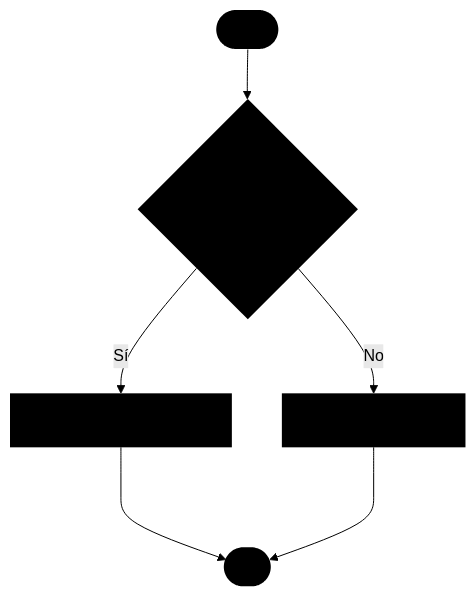
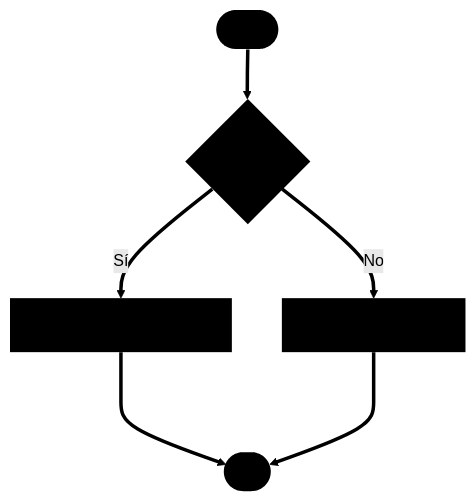
The first of 4 diagrams in docs/flow-chart/statement.md (IPIDBOSCO/programming-guide), drawn with Mermaid (forest theme) before and after one commit. The commit also changed other lines of this file and 4 other files, not shown here.

Commit message:
add flowcharts examples

````diff
--- a/docs/flow-chart/statement.md
+++ b/docs/flow-chart/statement.md
@@ -9,22 +11,22 @@
 ```mermaid
 flowchart TD
   A([Inicio])
-  B{¿Condición verdadera?}
+  B{Condición}
   C[Acción si es verdadera]
   D[Acción si es falsa]
   E([Fin])
 
-  A --> B
-  B -- Sí --> C
-  B -- No --> D
-  C ---> E
-  D ---> E
+  A ==> B
+  B == Sí ==> C
+  B == No ==> D
+  C ===> E
+  D ===> E
 
   classDef start-end fill: inherit,stroke:inherit,stroke-width:inherit;
   classDef process fill: inherit,stroke:inherit,stroke-width:inherit;
   classDef decision fill:inherit,stroke:inherit,stroke-width:inherit;
 
   class B decision
   class C,D process
   class A,E start-end
 ```
````
